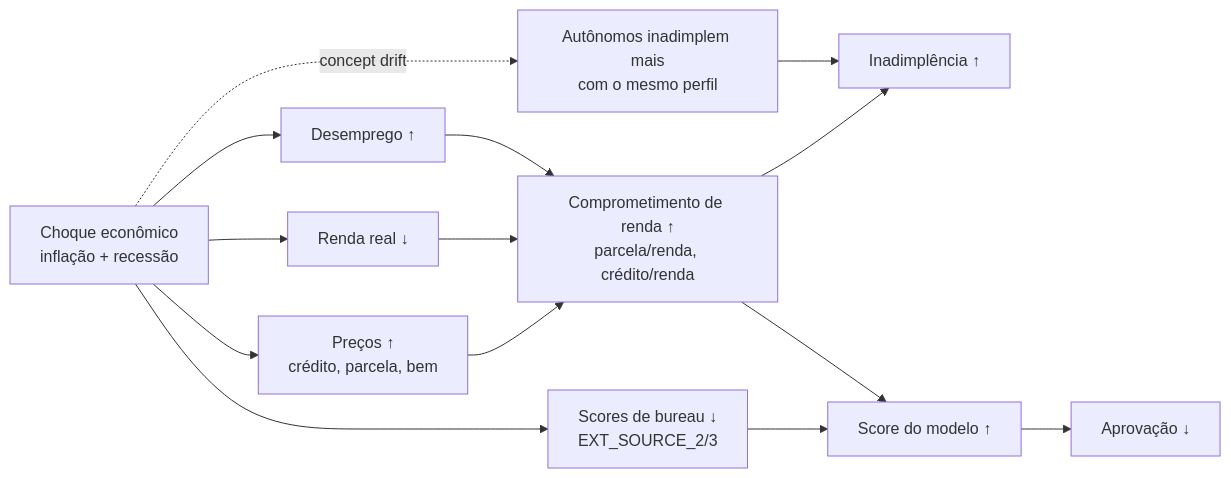
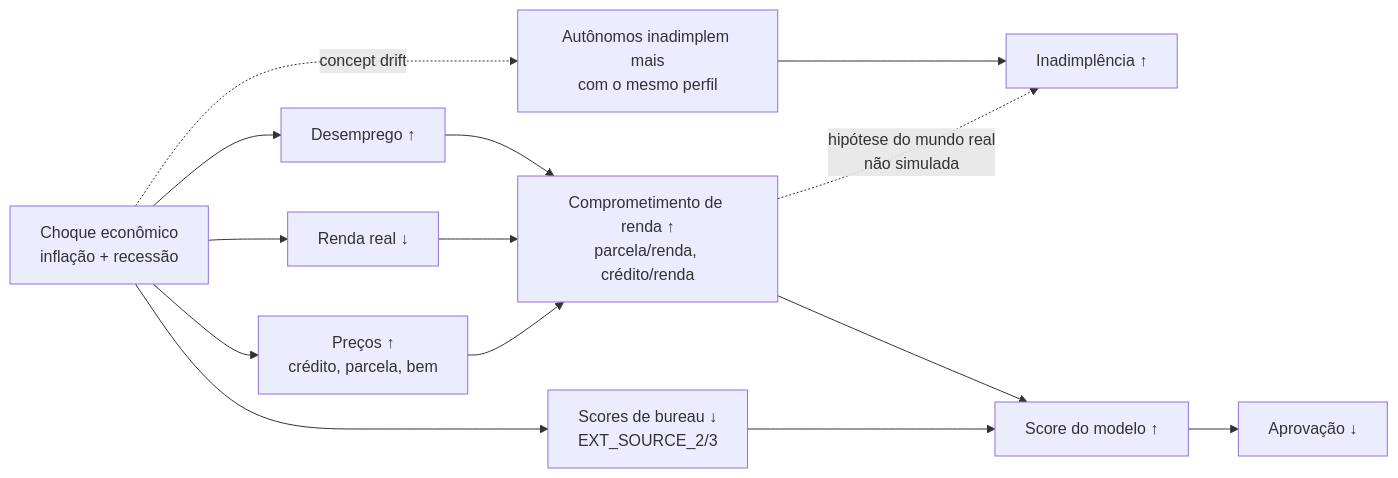
Before and after one commit to tsrizzi/credit-guard: the second of 2 diagrams in README.md, drawn with Mermaid. The commit also changed other lines of this file and 2 other files, not shown here.

````diff
--- a/README.md
+++ b/README.md
@@ -524,15 +543,15 @@
 ```mermaid
 flowchart LR
     CHOQUE[Choque econômico<br/>inflação + recessão] --> PRECOS[Preços ↑<br/>crédito, parcela, bem]
     CHOQUE --> RENDA[Renda real ↓]
     CHOQUE --> DESEMP[Desemprego ↑]
     CHOQUE --> BUREAU[Scores de bureau ↓<br/>EXT_SOURCE_2/3]
     PRECOS --> COMP[Comprometimento de renda ↑<br/>parcela/renda, crédito/renda]
     RENDA --> COMP
     DESEMP --> COMP
-    COMP --> INAD[Inadimplência ↑]
+    COMP -. hipótese do mundo real<br/>não simulada .-> INAD[Inadimplência ↑]
     BUREAU --> SCORE[Score do modelo ↑]
     COMP --> SCORE
     CHOQUE -. concept drift .-> SEG[Autônomos inadimplem mais<br/>com o mesmo perfil] --> INAD
     SCORE --> APROV[Aprovação ↓]
 ```
````
